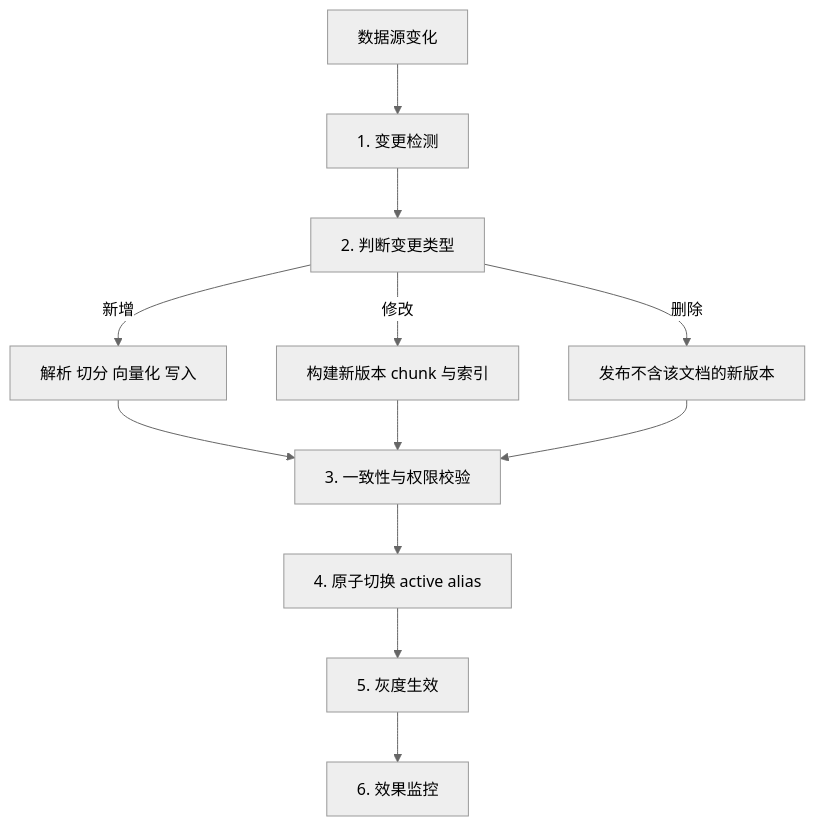
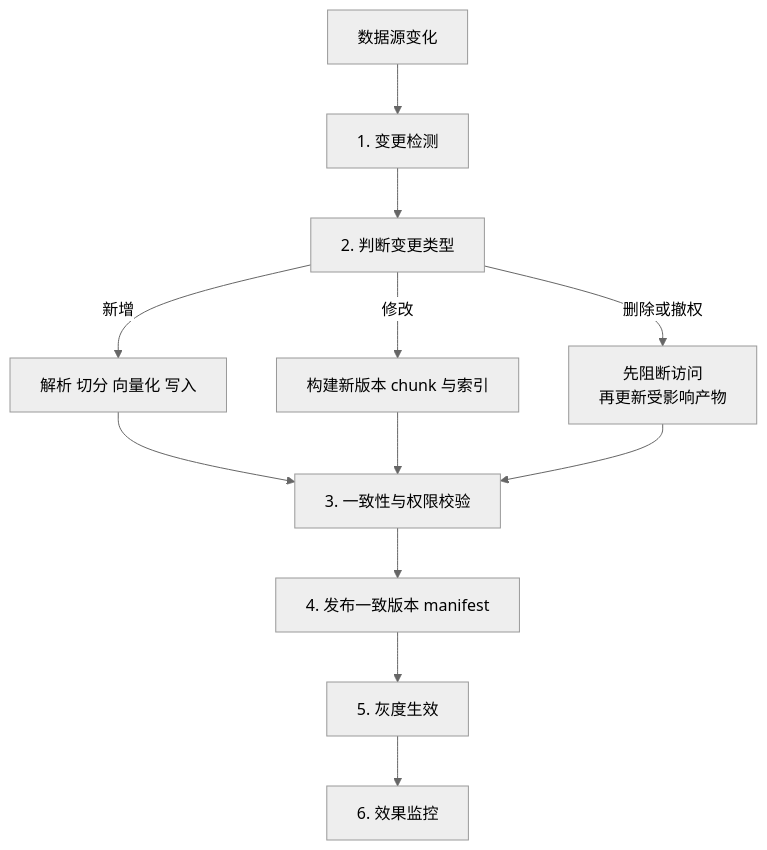
One commit to oneleaveknowsthefall/awesome-ai-roadmap changed the first of 3 diagrams in docs/rag/06-operations-security/19-dynamic-update.md. Above: the diagram before and after it, drawn with Mermaid (neutral theme). The commit also changed other lines of this file and 24 other files, not shown here.

````diff
--- a/docs/rag/06-operations-security/19-dynamic-update.md
+++ b/docs/rag/06-operations-security/19-dynamic-update.md
@@ -17,14 +17,14 @@
 ```mermaid
 flowchart TB
     S[数据源变化] --> D[1. 变更检测]
     D --> C[2. 判断变更类型]
     C -->|新增| ADD[解析 切分 向量化 写入]
     C -->|修改| MOD[构建新版本 chunk 与索引]
-    C -->|删除| DEL[发布不含该文档的新版本]
+    C -->|删除或撤权| DEL[先阻断访问<br/>再更新受影响产物]
     ADD --> V[3. 一致性与权限校验]
     MOD --> V
     DEL --> V
-    V --> A[4. 原子切换 active alias]
+    V --> A[4. 发布一致版本 manifest]
     A --> G[5. 灰度生效]
     G --> M[6. 效果监控]
 ```
````
